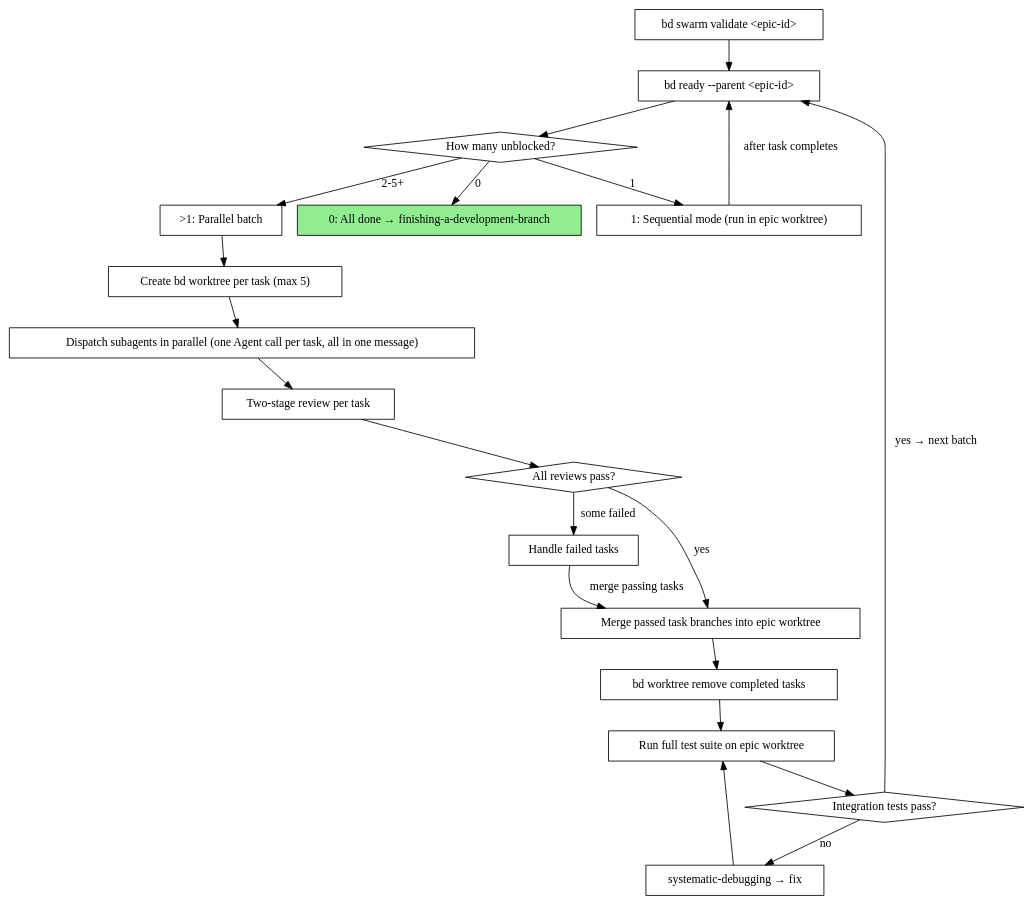
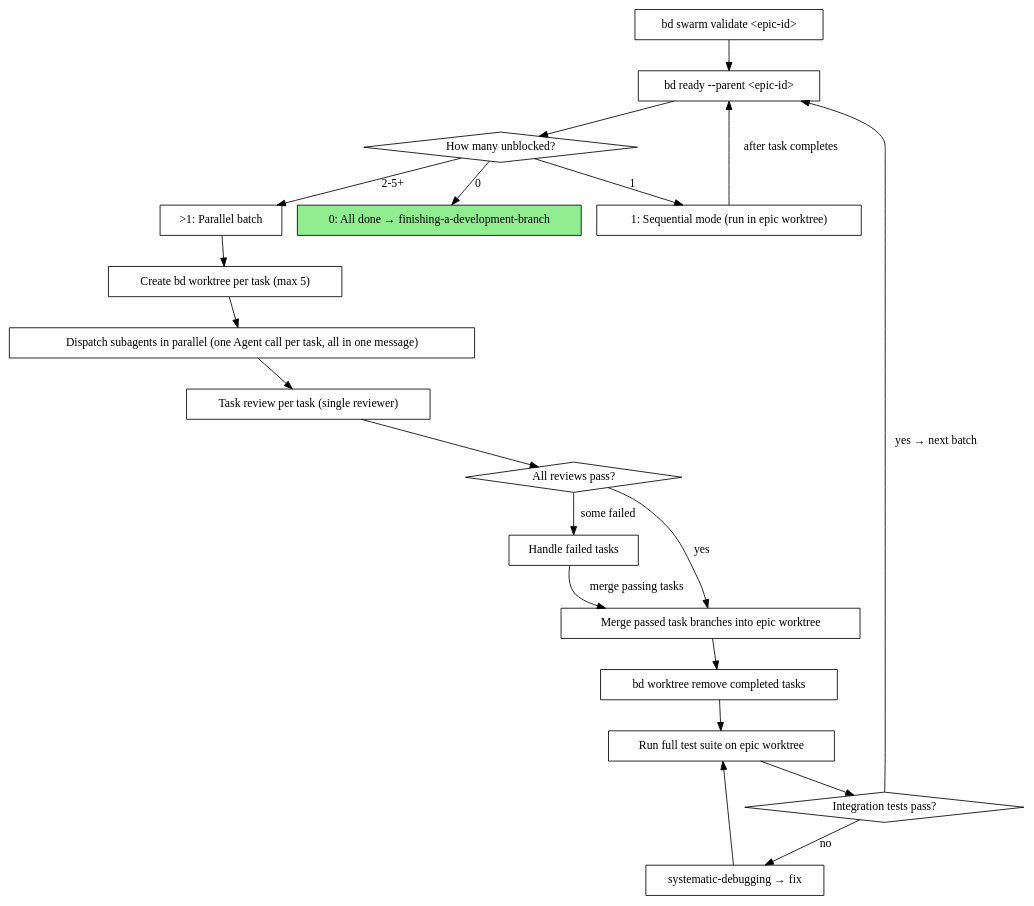
The third of 3 diagrams in skills/subagent-driven-development/SKILL.md (the-inconvenience-store/superbeads), drawn with Graphviz before and after one commit. The commit also changed other lines of this file, not shown here.

First line of the commit message:
feat(sdd): re-thread single reviewer through both modes + example workflow (bd-wpmv.4)

````diff
--- a/skills/subagent-driven-development/SKILL.md
+++ b/skills/subagent-driven-development/SKILL.md
@@ -112,42 +105,42 @@
 ```dot
 digraph parallel_batch {
     rankdir=TB;
 
     "bd swarm validate <epic-id>" [shape=box];
     "bd ready --parent <epic-id>" [shape=box];
     "How many unblocked?" [shape=diamond];
     "0: All done → finishing-a-development-branch" [shape=box style=filled fillcolor=lightgreen];
     "1: Sequential mode (run in epic worktree)" [shape=box];
     ">1: Parallel batch" [shape=box];
     "Create bd worktree per task (max 5)" [shape=box];
     "Dispatch subagents in parallel (one Agent call per task, all in one message)" [shape=box];
-    "Two-stage review per task" [shape=box];
+    "Task review per task (single reviewer)" [shape=box];
     "All reviews pass?" [shape=diamond];
     "Merge passed task branches into epic worktree" [shape=box];
     "bd worktree remove completed tasks" [shape=box];
     "Run full test suite on epic worktree" [shape=box];
     "Integration tests pass?" [shape=diamond];
     "systematic-debugging → fix" [shape=box];
     "Handle failed tasks" [shape=box];
 
     "bd swarm validate <epic-id>" -> "bd ready --parent <epic-id>";
     "bd ready --parent <epic-id>" -> "How many unblocked?";
     "How many unblocked?" -> "0: All done → finishing-a-development-branch" [label="0"];
     "How many unblocked?" -> "1: Sequential mode (run in epic worktree)" [label="1"];
     "1: Sequential mode (run in epic worktree)" -> "bd ready --parent <epic-id>" [label="after task completes"];
     "How many unblocked?" -> ">1: Parallel batch" [label="2-5+"];
     ">1: Parallel batch" -> "Create bd worktree per task (max 5)";
     "Create bd worktree per task (max 5)" -> "Dispatch subagents in parallel (one Agent call per task, all in one message)";
-    "Dispatch subagents in parallel (one Agent call per task, all in one message)" -> "Two-stage review per task";
-    "Two-stage review per task" -> "All reviews pass?";
+    "Dispatch subagents in parallel (one Agent call per task, all in one message)" -> "Task review per task (single reviewer)";
+    "Task review per task (single reviewer)" -> "All reviews pass?";
     "All reviews pass?" -> "Merge passed task branches into epic worktree" [label="yes"];
     "All reviews pass?" -> "Handle failed tasks" [label="some failed"];
     "Handle failed tasks" -> "Merge passed task branches into epic worktree" [label="merge passing tasks"];
     "Merge passed task branches into epic worktree" -> "bd worktree remove completed tasks";
     "bd worktree remove completed tasks" -> "Run full test suite on epic worktree";
     "Run full test suite on epic worktree" -> "Integration tests pass?";
     "Integration tests pass?" -> "bd ready --parent <epic-id>" [label="yes → next batch"];
     "Integration tests pass?" -> "systematic-debugging → fix" [label="no"];
     "systematic-debugging → fix" -> "Run full test suite on epic worktree";
 }
 ```
````
